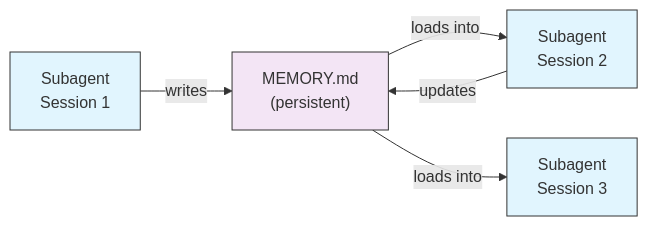
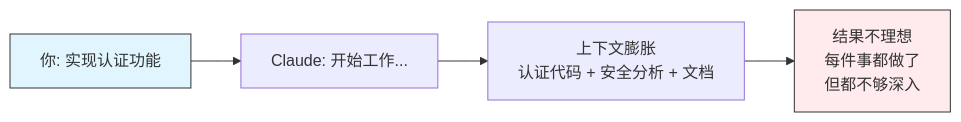
The first of 3 diagrams in 06-subagents/README.md (hellojoju/claude-code-lesson), drawn with Mermaid before and after one commit. The commit also changed other lines of this file and 11 other files, not shown here.

````diff
--- a/06-subagents/README.md
+++ b/06-subagents/README.md
@@ -463,12 +32,9 @@
 ```mermaid
 graph LR
-    A["Subagent<br/>Session 1"] -->|writes| M["MEMORY.md<br/>(persistent)"]
-    M -->|loads into| B["Subagent<br/>Session 2"]
-    B -->|updates| M
-    M -->|loads into| C["Subagent<br/>Session 3"]
-
+    A["你: 实现认证功能"] --> B["Claude: 开始工作..."]
+    B --> C["上下文膨胀<br/>认证代码 + 安全分析 + 文档"]
+    C --> D["结果不理想<br/>每件事都做了<br/>但都不够深入"]
+    
     style A fill:#e1f5fe,stroke:#333,color:#333
-    style B fill:#e1f5fe,stroke:#333,color:#333
-    style C fill:#e1f5fe,stroke:#333,color:#333
-    style M fill:#f3e5f5,stroke:#333,color:#333
+    style D fill:#ffebee,stroke:#333,color:#333
 ```
````
